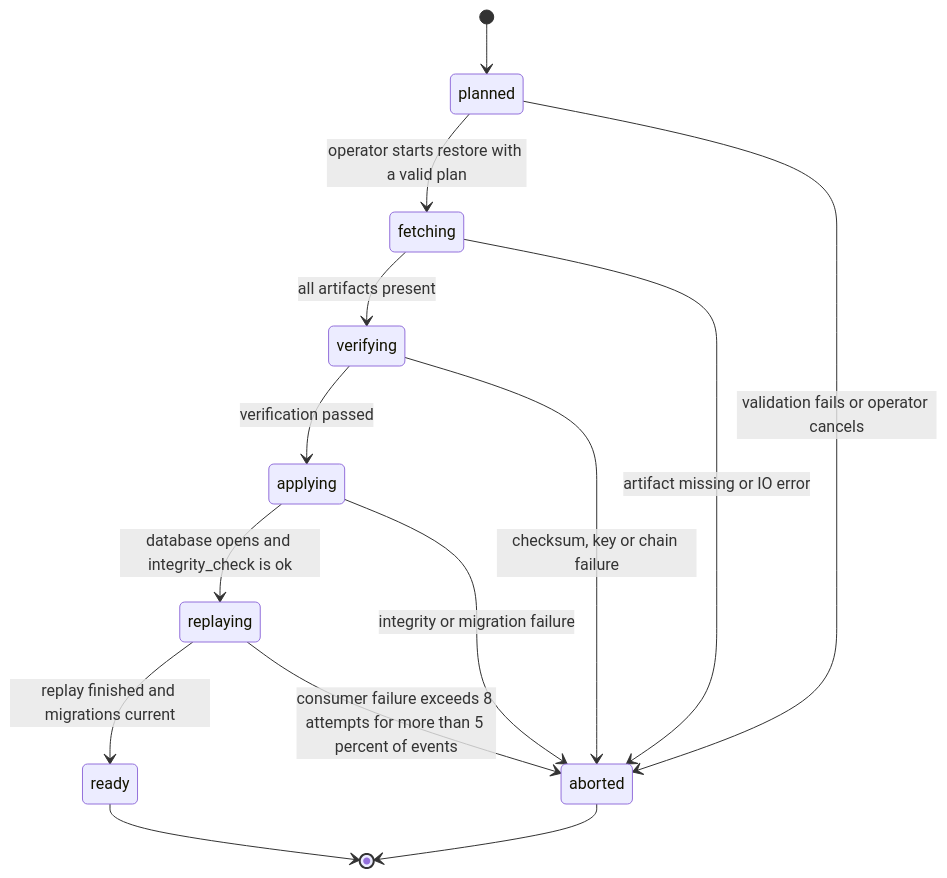
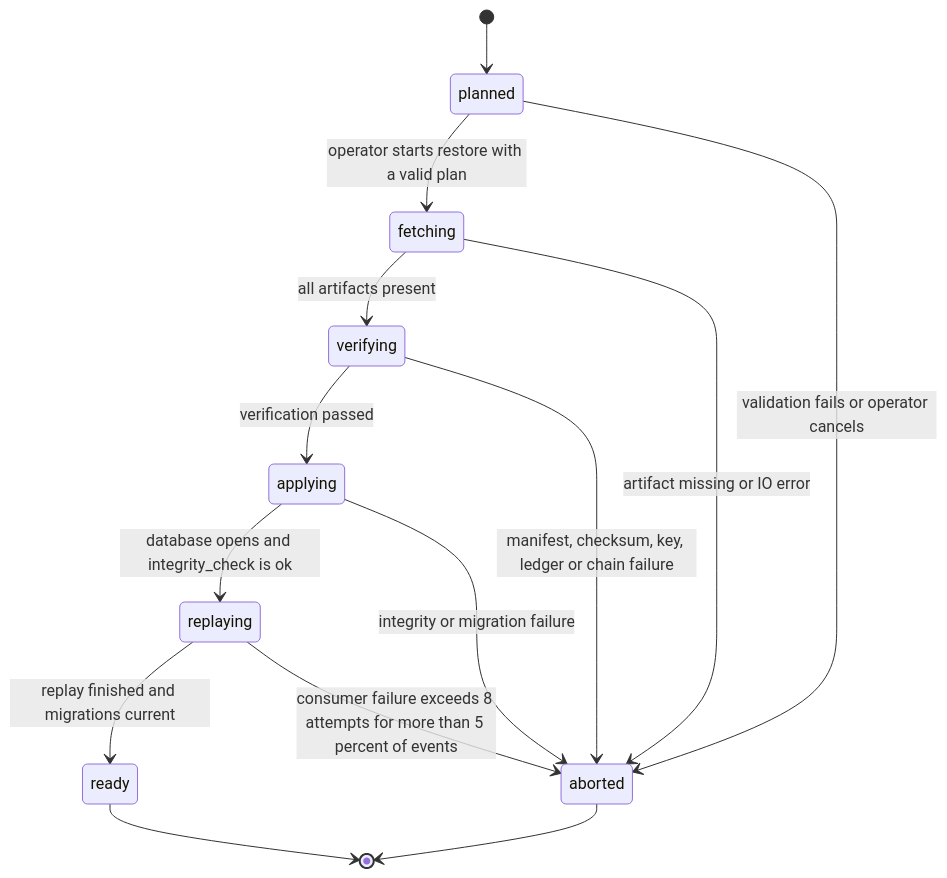
The first of 2 diagrams in 15_Platform/03_operations/mod_recovery/workflow_state_machine.md (djshellshoxxx/CLASSifiedisRUPTed), drawn with Mermaid before and after one commit. The commit also changed other lines of this file and 108 other files, not shown here.

````diff
--- a/15_Platform/03_operations/mod_recovery/workflow_state_machine.md
+++ b/15_Platform/03_operations/mod_recovery/workflow_state_machine.md
@@ -32,16 +34,16 @@
 ```mermaid
 stateDiagram-v2
   [*] --> planned
   planned --> fetching: operator starts restore with a valid plan
   fetching --> verifying: all artifacts present
   verifying --> applying: verification passed
   applying --> replaying: database opens and integrity_check is ok
   replaying --> ready: replay finished and migrations current
   planned --> aborted: validation fails or operator cancels
   fetching --> aborted: artifact missing or IO error
-  verifying --> aborted: checksum, key or chain failure
+  verifying --> aborted: manifest, checksum, key, ledger or chain failure
   applying --> aborted: integrity or migration failure
   replaying --> aborted: consumer failure exceeds 8 attempts for more than 5 percent of events
   ready --> [*]
   aborted --> [*]
 ```
````
